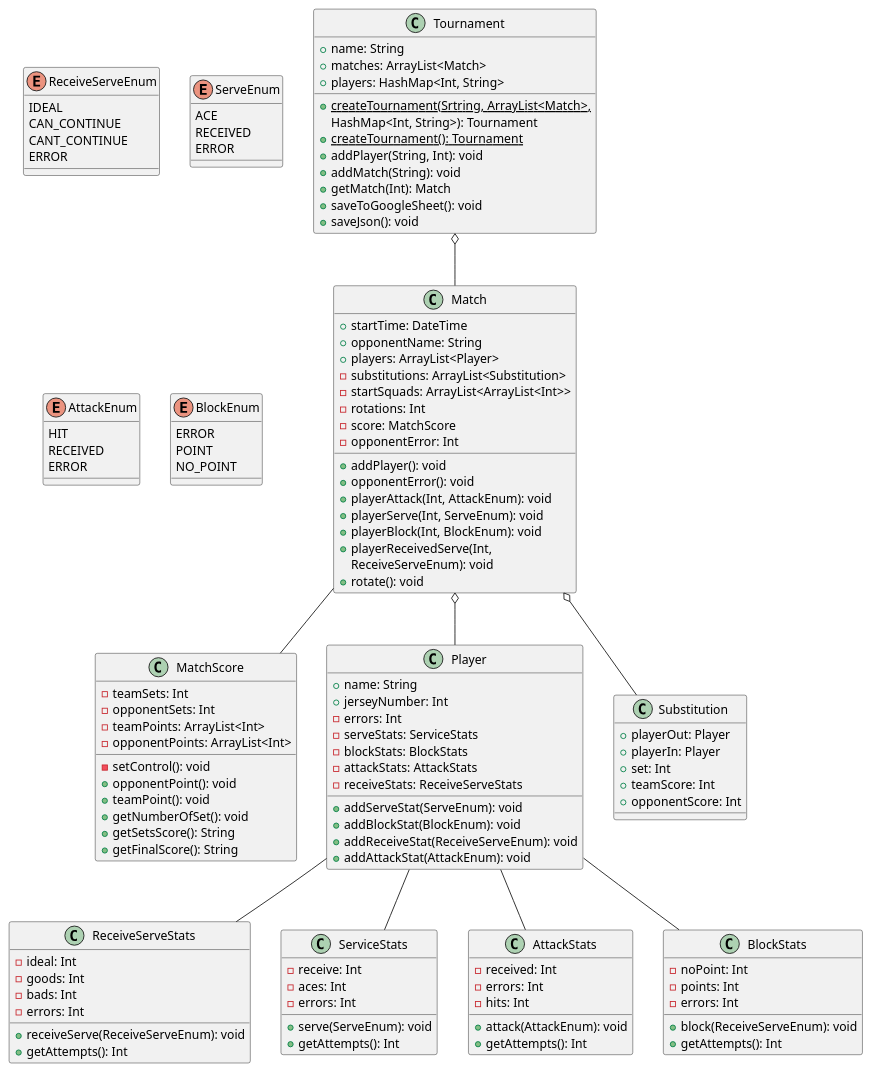
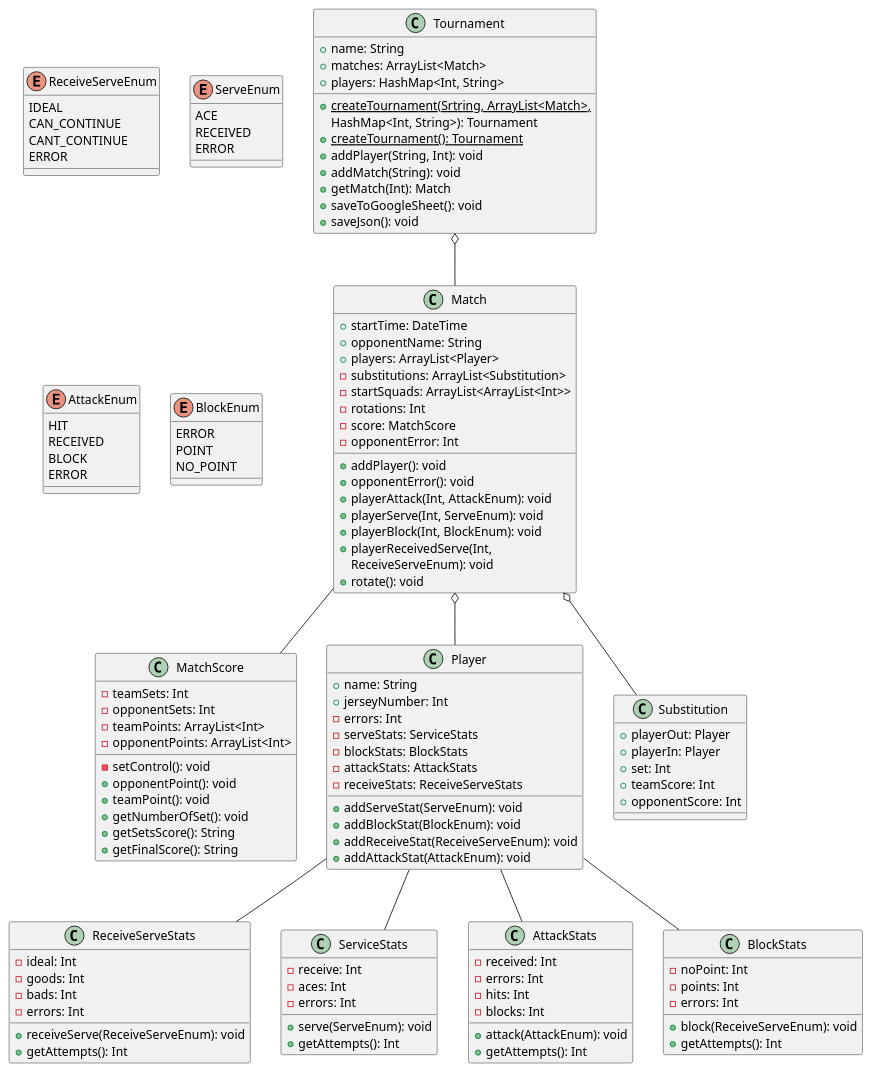
Before and after one commit to JanReisiegel/VolleyballHelper: the diagram in app/src/main/java/com/reisiegel/volleyballhelper/models/class_diagram.puml, drawn with PlantUML. The commit also changed 7 other files, not shown here.

```diff
--- a/app/src/main/java/com/reisiegel/volleyballhelper/models/class_diagram.puml
+++ b/app/src/main/java/com/reisiegel/volleyballhelper/models/class_diagram.puml
@@ -1,137 +1,139 @@
 @startuml
 class Tournament{
     + name: String
     + matches: ArrayList<Match>
     + players: HashMap<Int, String>
     + {static} createTournament(Srtring, ArrayList<Match>,
     HashMap<Int, String>): Tournament
     + {static} createTournament(): Tournament
     + addPlayer(String, Int): void
     + addMatch(String): void
     + getMatch(Int): Match
     + saveToGoogleSheet(): void
     + saveJson(): void
 }
 
 class Match{
     + startTime: DateTime
     + opponentName: String
     + players: ArrayList<Player>
     - substitutions: ArrayList<Substitution>
     - startSquads: ArrayList<ArrayList<Int>>
     - rotations: Int
     - score: MatchScore
     - opponentError: Int
     + addPlayer(): void
     + opponentError(): void
     + playerAttack(Int, AttackEnum): void
     + playerServe(Int, ServeEnum): void
     + playerBlock(Int, BlockEnum): void
     + playerReceivedServe(Int,
         ReceiveServeEnum): void
     + rotate(): void
 }
 
 class MatchScore{
     - teamSets: Int
     - opponentSets: Int
     - teamPoints: ArrayList<Int>
     - opponentPoints: ArrayList<Int>
     - setControl(): void
     + opponentPoint(): void
     + teamPoint(): void
     + getNumberOfSet(): void
     + getSetsScore(): String
     + getFinalScore(): String
 }
 
 class Player{
     + name: String
     + jerseyNumber: Int
     - errors: Int
     - serveStats: ServiceStats
     - blockStats: BlockStats
     - attackStats: AttackStats
     - receiveStats: ReceiveServeStats
     + addServeStat(ServeEnum): void
     + addBlockStat(BlockEnum): void
     + addReceiveStat(ReceiveServeEnum): void
     + addAttackStat(AttackEnum): void
 }
 
 class ReceiveServeStats{
     - ideal: Int
     - goods: Int
     - bads: Int
     - errors: Int
     + receiveServe(ReceiveServeEnum): void
     + getAttempts(): Int
 }
 class ServiceStats{
     - receive: Int
     - aces: Int
     - errors: Int
     + serve(ServeEnum): void
     + getAttempts(): Int
 }
 class AttackStats{
     - received: Int
     - errors: Int
     - hits: Int
+    - blocks: Int
     + attack(AttackEnum): void
     + getAttempts(): Int
 }
 class BlockStats{
     - noPoint: Int
     - points: Int
     - errors: Int
     + block(ReceiveServeEnum): void
     + getAttempts(): Int
 }
 
 class Substitution{
     + playerOut: Player
     + playerIn: Player
     + set: Int
     + teamScore: Int
     + opponentScore: Int
 }
 
 enum ReceiveServeEnum{
     IDEAL
     CAN_CONTINUE
     CANT_CONTINUE
     ERROR
 }
 
 enum ServeEnum{
     ACE
     RECEIVED
     ERROR
 }
 
 enum AttackEnum{
     HIT
     RECEIVED
+    BLOCK
     ERROR
 }
 
 enum BlockEnum{
     ERROR
     POINT
     NO_POINT
 }
 
 Player -- ReceiveServeStats
 Player -- AttackStats
 Player -- BlockStats
 Player -- ServiceStats
 
 Tournament o-- Match
 Match o-- Player
 
 Match -- MatchScore
 Match o-- Substitution
 
 
 @enduml
```
